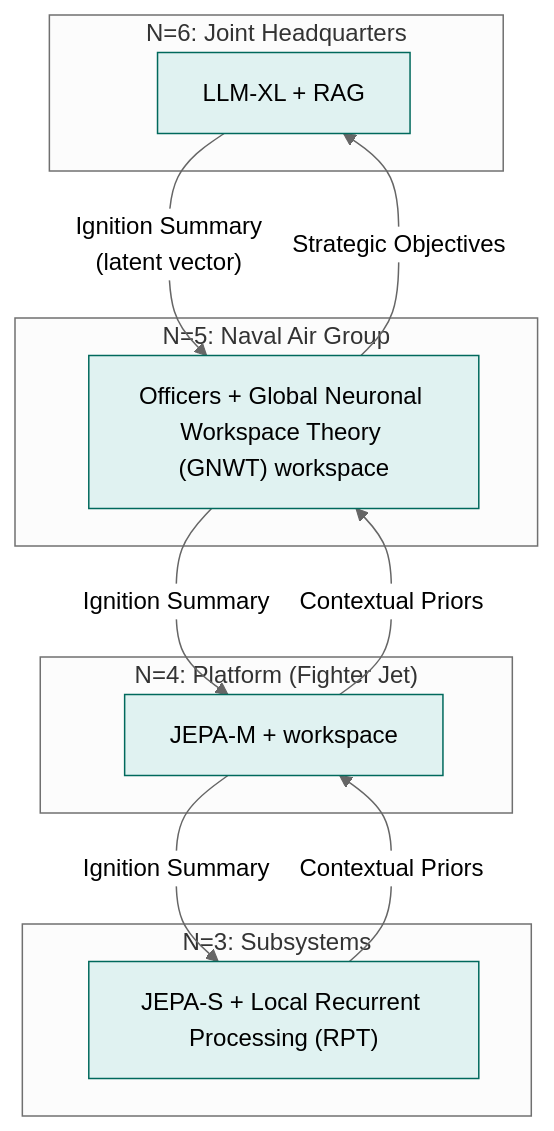
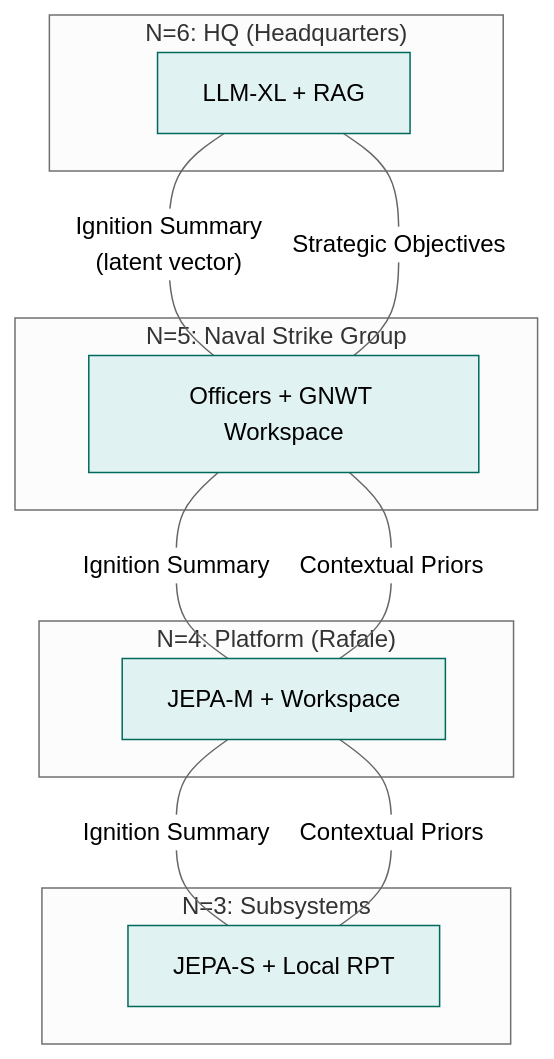
Before and after one commit to AlainCo/GNWT-Garrigue-X-en: the first of 5 diagrams in concepts/concepts.md, drawn with Mermaid (neutral theme). The commit also changed other lines of this file and 21 other files, not shown here.

````diff
--- a/concepts/concepts.md
+++ b/concepts/concepts.md
@@ -22,29 +23,29 @@
 ```mermaid
 flowchart TD
-    subgraph N6 ["N=6: Joint Headquarters"]
+    subgraph N6 ["N=6: HQ (Headquarters)"]
         N6c["LLM-XL + RAG"]
     end
 
-    subgraph N5 ["N=5: Naval Air Group"]
-        N5c["Officers + Global Neuronal Workspace Theory (GNWT) workspace"]
+    subgraph N5 ["N=5: Naval Strike Group"]
+        N5c["Officers + GNWT Workspace"]
     end
 
-    subgraph N4 ["N=4: Platform (Fighter Jet)"]
-        N4c["JEPA-M + workspace"]
+    subgraph N4 ["N=4: Platform (Rafale)"]
+        N4c["JEPA-M + Workspace"]
     end
 
     subgraph N3 ["N=3: Subsystems"]
-        N3c["JEPA-S + Local Recurrent Processing (RPT)"]
+        N3c["JEPA-S + Local RPT"]
     end
 
-    N6c -->|"Ignition Summary\n(latent vector)"| N5c
-    N5c -->|"Ignition Summary"| N4c
-    N4c -->|"Ignition Summary"| N3c
+    N6c ---|"Ignition Summary\n(latent vector)"| N5c
+    N5c ---|"Ignition Summary"| N4c
+    N4c ---|"Ignition Summary"| N3c
 
-    N3c -->|"Contextual Priors"| N4c
-    N4c -->|"Contextual Priors"| N5c
-    N5c -->|"Strategic Objectives"| N6c
+    N3c ---|"Contextual Priors"| N4c
+    N4c ---|"Contextual Priors"| N5c
+    N5c ---|"Strategic Objectives"| N6c
 
     classDef blanket fill:#e0f2f1,stroke:#00695c
     class N3c,N4c,N5c,N6c blanket
 ```
````
